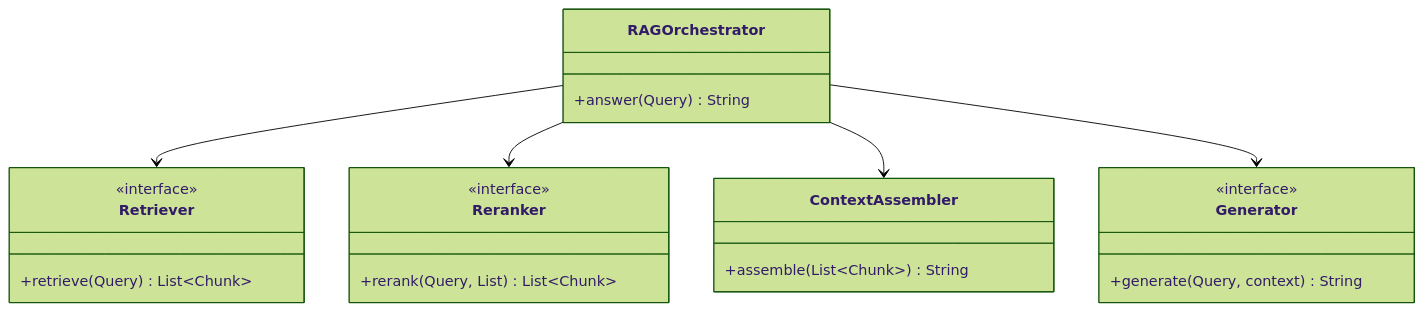
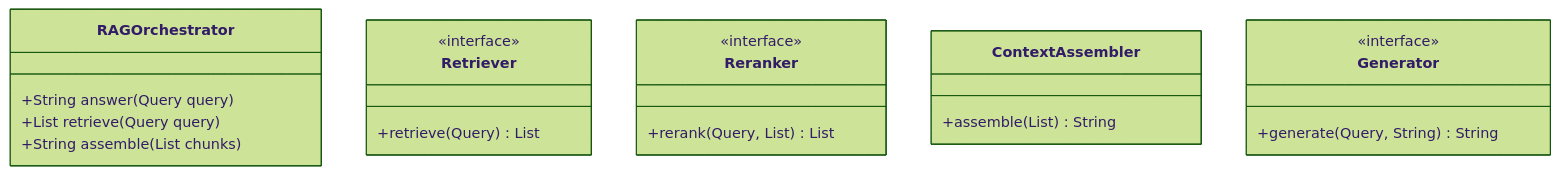
The first of 3 diagrams in Learn/System Design - Low Level Design/05-genai-llm-lld/questions/Q01-rag-orchestrator.md (madhupaila/Interview-Prep-SSE), drawn with Mermaid (forest theme) before and after one commit. The commit also changed other lines of this file and 491 other files, not shown here.

````diff
--- a/Learn/System Design - Low Level Design/05-genai-llm-lld/questions/Q01-rag-orchestrator.md
+++ b/Learn/System Design - Low Level Design/05-genai-llm-lld/questions/Q01-rag-orchestrator.md
@@ -57,25 +94,23 @@
 ```mermaid
 classDiagram
     class RAGOrchestrator {
-        +answer(Query) String
+        +String answer(Query query)
+        +List<RetrievedChunk> retrieve(Query query)
+        +String assemble(List<RetrievedChunk> chunks)
     }
     class Retriever {
         <<interface>>
-        +retrieve(Query) List~Chunk~
+        +retrieve(Query) List
     }
     class Reranker {
         <<interface>>
-        +rerank(Query, List) List~Chunk~
+        +rerank(Query, List) List
+    }
+    class ContextAssembler {
+        +assemble(List) String
     }
     class Generator {
         <<interface>>
-        +generate(Query, context) String
+        +generate(Query, String) String
     }
-    class ContextAssembler {
-        +assemble(List~Chunk~) String
-    }
-    RAGOrchestrator --> Retriever
-    RAGOrchestrator --> Reranker
-    RAGOrchestrator --> ContextAssembler
-    RAGOrchestrator --> Generator
 ```
````
